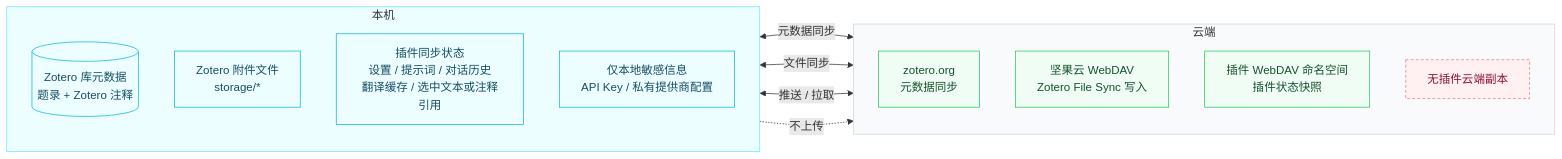
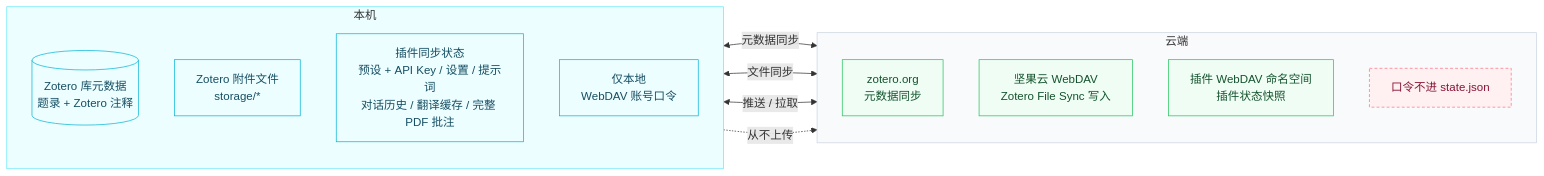
The second of 2 diagrams in README.zh-CN.md (zhi-11/zotero-ai-sidebar), drawn with Mermaid before and after one commit. The commit also changed other lines of this file and 3 other files, not shown here.

````diff
--- a/README.zh-CN.md
+++ b/README.zh-CN.md
@@ -174,30 +175,30 @@
 ```mermaid
 flowchart LR
     subgraph Local[本机]
         direction TB
         Lib[(Zotero 库元数据<br/>题录 + Zotero 注释)]
         Storage[Zotero 附件文件<br/>storage/*]
-        Plugin[插件同步状态<br/>设置 / 提示词 / 对话历史<br/>翻译缓存 / 选中文本或注释引用]
-        Secrets[仅本地敏感信息<br/>API Key / 私有提供商配置]
+        Plugin[插件同步状态<br/>预设 + API Key / 设置 / 提示词<br/>对话历史 / 翻译缓存 / 完整 PDF 批注]
+        Secrets[仅本地<br/>WebDAV 账号口令]
     end
     subgraph Cloud[云端]
         direction TB
         ZS[zotero.org<br/>元数据同步]
         WD1[坚果云 WebDAV<br/>Zotero File Sync 写入]
         WD2[插件 WebDAV 命名空间<br/>插件状态快照]
-        NoCloud[无插件云端副本]
+        NoCloud[口令不进 state.json]
     end
     Lib <-->|元数据同步| ZS
     Storage <-->|文件同步| WD1
     Plugin <-->|推送 / 拉取| WD2
-    Secrets -.不上传.-> NoCloud
+    Secrets -.从不上传.-> NoCloud
 
     classDef local fill:#ecfeff,stroke:#06b6d4,color:#164e63,stroke-width:1px;
     classDef cloud fill:#f0fdf4,stroke:#22c55e,color:#14532d,stroke-width:1px;
     classDef blocked fill:#fff1f2,stroke:#fb7185,color:#881337,stroke-width:1px,stroke-dasharray:4 3;
     class Lib,Storage,Plugin,Secrets local;
     class ZS,WD1,WD2 cloud;
     class NoCloud blocked;
     style Local fill:#ecfeff,stroke:#67e8f9,stroke-width:1px
     style Cloud fill:#f8fafc,stroke:#cbd5e1,stroke-width:1px
 ```
````
